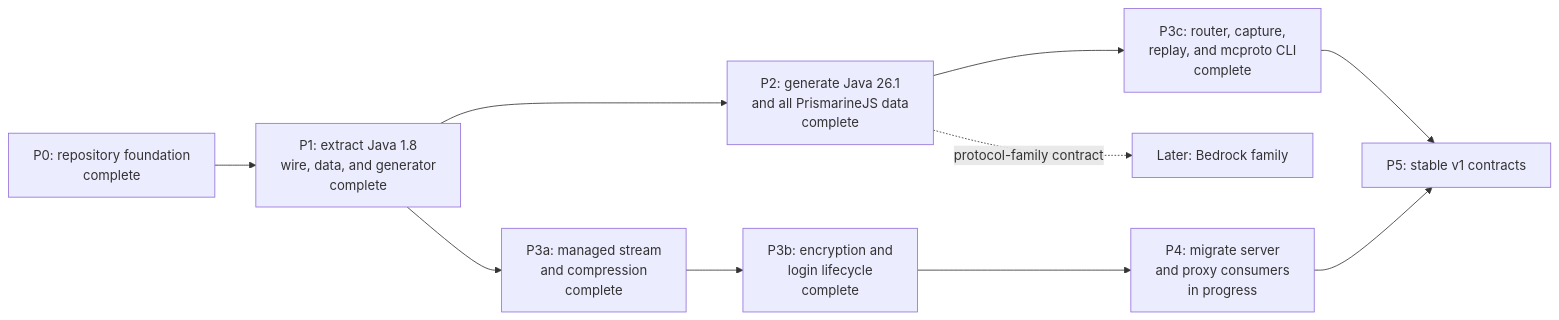
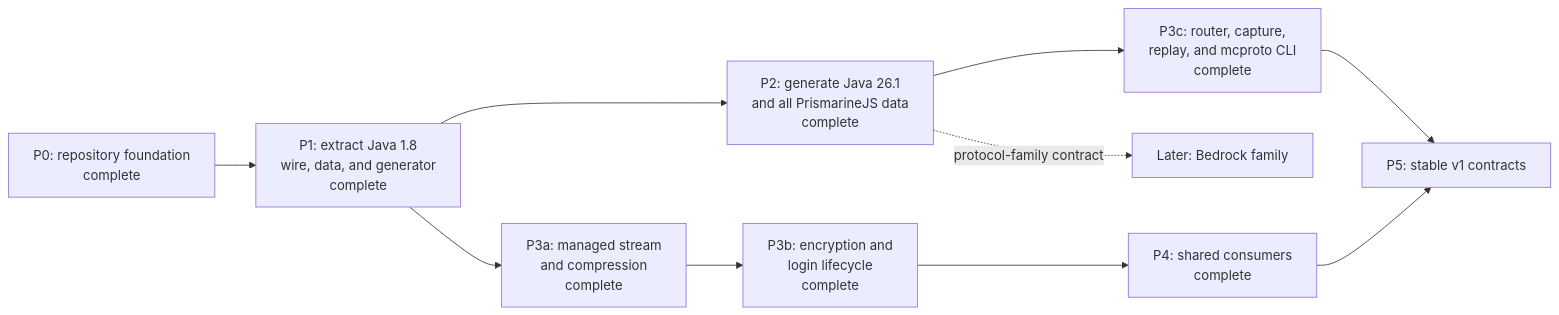
The diagram in ROADMAP.md (go-theft-craft/minecraft-protocol), drawn with Mermaid before and after one commit. The commit also changed other lines of this file, not shown here.

````diff
--- a/ROADMAP.md
+++ b/ROADMAP.md
@@ -5,22 +5,22 @@
 ```mermaid
 flowchart LR
     P0["P0: repository foundation<br/>complete"]
     P1["P1: extract Java 1.8<br/>wire, data, and generator<br/>complete"]
     P2["P2: generate Java 26.1<br/>and all PrismarineJS data<br/>complete"]
     P3a["P3a: managed stream<br/>and compression<br/>complete"]
     P3b["P3b: encryption and<br/>login lifecycle<br/>complete"]
     P3c["P3c: router, capture,<br/>replay, and mcproto CLI<br/>complete"]
-    P4["P4: migrate server<br/>and proxy consumers<br/>in progress"]
+    P4["P4: shared consumers<br/>complete"]
     P5["P5: stable v1 contracts"]
     PX["Later: Bedrock family"]
 
     P0 --> P1
     P1 --> P2
     P1 --> P3a
     P3a --> P3b
     P3b --> P4
     P2 --> P3c
     P3c --> P5
     P4 --> P5
     P2 -. protocol-family contract .-> PX
 ```
````
